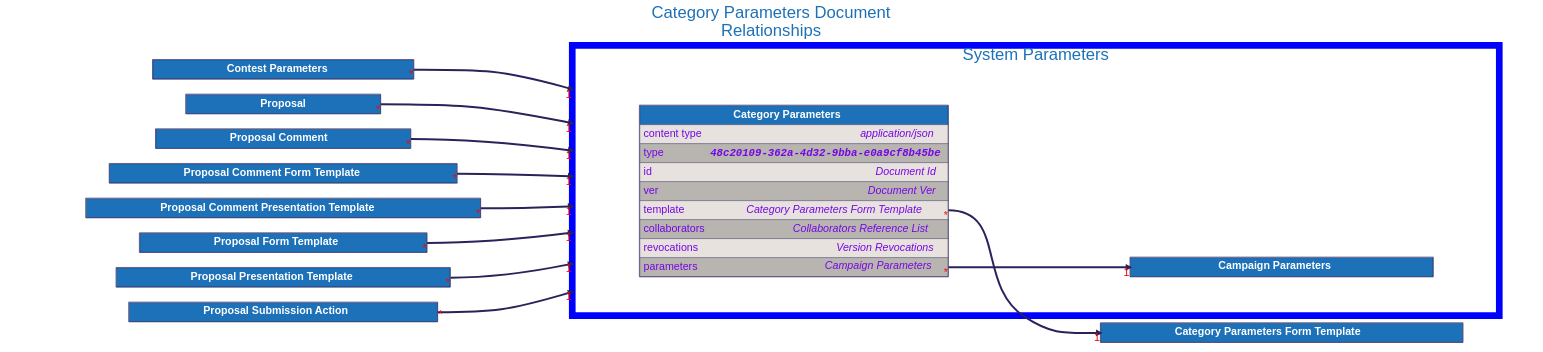
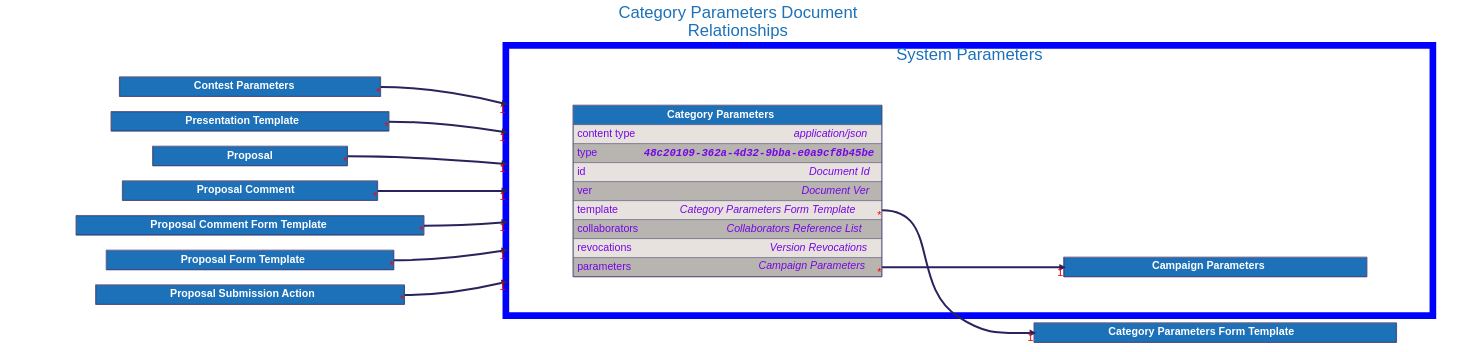
One commit to input-output-hk/catalyst-libs changed the diagram in docs/src/architecture/08_concepts/signed_doc/diagrams/category_parameters.dot. Above: the diagram before and after it, drawn with Graphviz. The commit also changed 34 other files, not shown here.

```diff
--- a/docs/src/architecture/08_concepts/signed_doc/diagrams/category_parameters.dot
+++ b/docs/src/architecture/08_concepts/signed_doc/diagrams/category_parameters.dot
@@ -35,6 +35,21 @@
             <TR>
                 <TD PORT="title" BGCOLOR="#1d71b8" HREF="../contest_parameters/">
                     <FONT COLOR="#ffffff"><B> Contest Parameters </B></FONT>
+                </TD>
+            </TR>
+
+            </TABLE>
+        >
+    ];
+
+
+    "Presentation Template" [
+        id="Presentation Template";
+        label=<
+            <TABLE BORDER="2" COLOR="#29235c" CELLBORDER="1" CELLSPACING="0" CELLPADDING="10">
+            <TR>
+                <TD PORT="title" BGCOLOR="#1d71b8" HREF="../presentation_template/">
+                    <FONT COLOR="#ffffff"><B> Presentation Template </B></FONT>
                 </TD>
             </TR>
 
@@ -88,21 +103,6 @@
     ];
 
 
-    "Proposal Comment Presentation Template" [
-        id="Proposal Comment Presentation Template";
-        label=<
-            <TABLE BORDER="2" COLOR="#29235c" CELLBORDER="1" CELLSPACING="0" CELLPADDING="10">
-            <TR>
-                <TD PORT="title" BGCOLOR="#1d71b8" HREF="../proposal_comment_presentation_template/">
-                    <FONT COLOR="#ffffff"><B> Proposal Comment Presentation Template </B></FONT>
-                </TD>
-            </TR>
-
-            </TABLE>
-        >
-    ];
-
-
     "Proposal Form Template" [
         id="Proposal Form Template";
         label=<
@@ -110,21 +110,6 @@
             <TR>
                 <TD PORT="title" BGCOLOR="#1d71b8" HREF="../proposal_form_template/">
                     <FONT COLOR="#ffffff"><B> Proposal Form Template </B></FONT>
-                </TD>
-            </TR>
-
-            </TABLE>
-        >
-    ];
-
-
-    "Proposal Presentation Template" [
-        id="Proposal Presentation Template";
-        label=<
-            <TABLE BORDER="2" COLOR="#29235c" CELLBORDER="1" CELLSPACING="0" CELLPADDING="10">
-            <TR>
-                <TD PORT="title" BGCOLOR="#1d71b8" HREF="../proposal_presentation_template/">
-                    <FONT COLOR="#ffffff"><B> Proposal Presentation Template </B></FONT>
                 </TD>
             </TR>
 
@@ -267,11 +252,10 @@
     "Category Parameters":"template":e -> "Category Parameters Form Template":"title":w [dir=forward, penwidth=6, color="#29235c", headlabel="1", taillabel="*"]
     "Category Parameters":"parameters":e -> "Campaign Parameters":"title":w [dir=forward, penwidth=6, color="#29235c", headlabel="1", taillabel="*"]
     "Contest Parameters":"title":e -> "Category Parameters" [dir=forward, penwidth=6, color="#29235c", headlabel="1", taillabel="*", lhead="cluster_system_parameters"]
+    "Presentation Template":"title":e -> "Category Parameters" [dir=forward, penwidth=6, color="#29235c", headlabel="1", taillabel="*", lhead="cluster_system_parameters"]
     "Proposal":"title":e -> "Category Parameters" [dir=forward, penwidth=6, color="#29235c", headlabel="1", taillabel="*", lhead="cluster_system_parameters"]
     "Proposal Comment":"title":e -> "Category Parameters" [dir=forward, penwidth=6, color="#29235c", headlabel="1", taillabel="*", lhead="cluster_system_parameters"]
     "Proposal Comment Form Template":"title":e -> "Category Parameters" [dir=forward, penwidth=6, color="#29235c", headlabel="1", taillabel="*", lhead="cluster_system_parameters"]
-    "Proposal Comment Presentation Template":"title":e -> "Category Parameters" [dir=forward, penwidth=6, color="#29235c", headlabel="1", taillabel="*", lhead="cluster_system_parameters"]
     "Proposal Form Template":"title":e -> "Category Parameters" [dir=forward, penwidth=6, color="#29235c", headlabel="1", taillabel="*", lhead="cluster_system_parameters"]
-    "Proposal Presentation Template":"title":e -> "Category Parameters" [dir=forward, penwidth=6, color="#29235c", headlabel="1", taillabel="*", lhead="cluster_system_parameters"]
     "Proposal Submission Action":"title":e -> "Category Parameters" [dir=forward, penwidth=6, color="#29235c", headlabel="1", taillabel="*", lhead="cluster_system_parameters"]
 }
```
